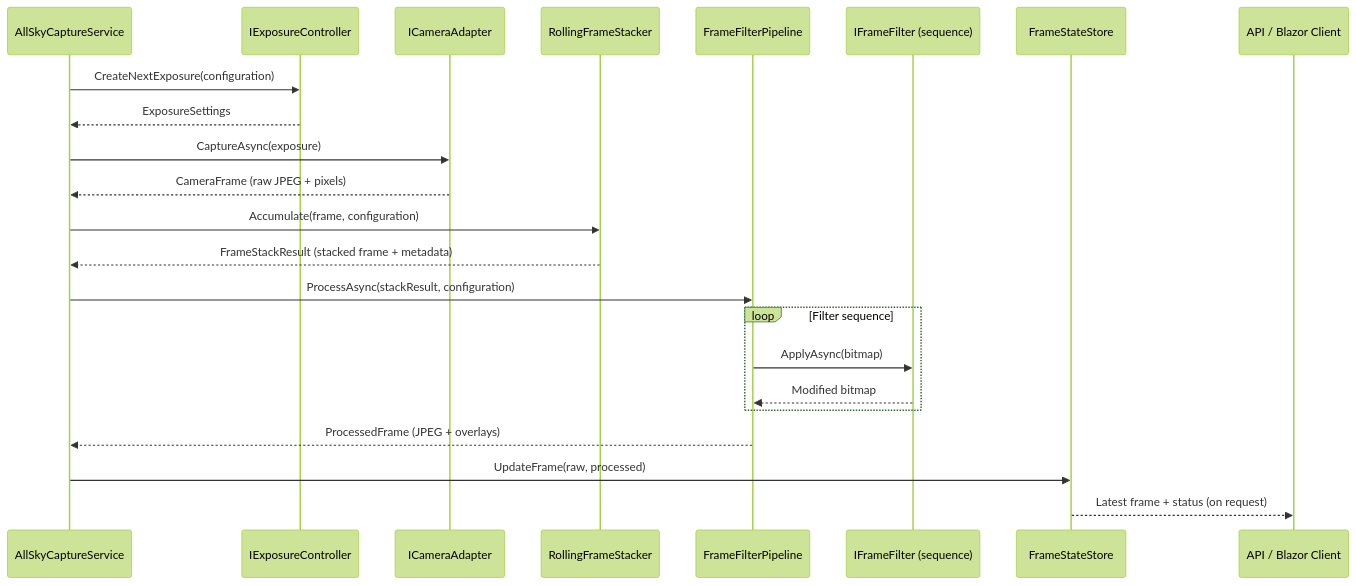
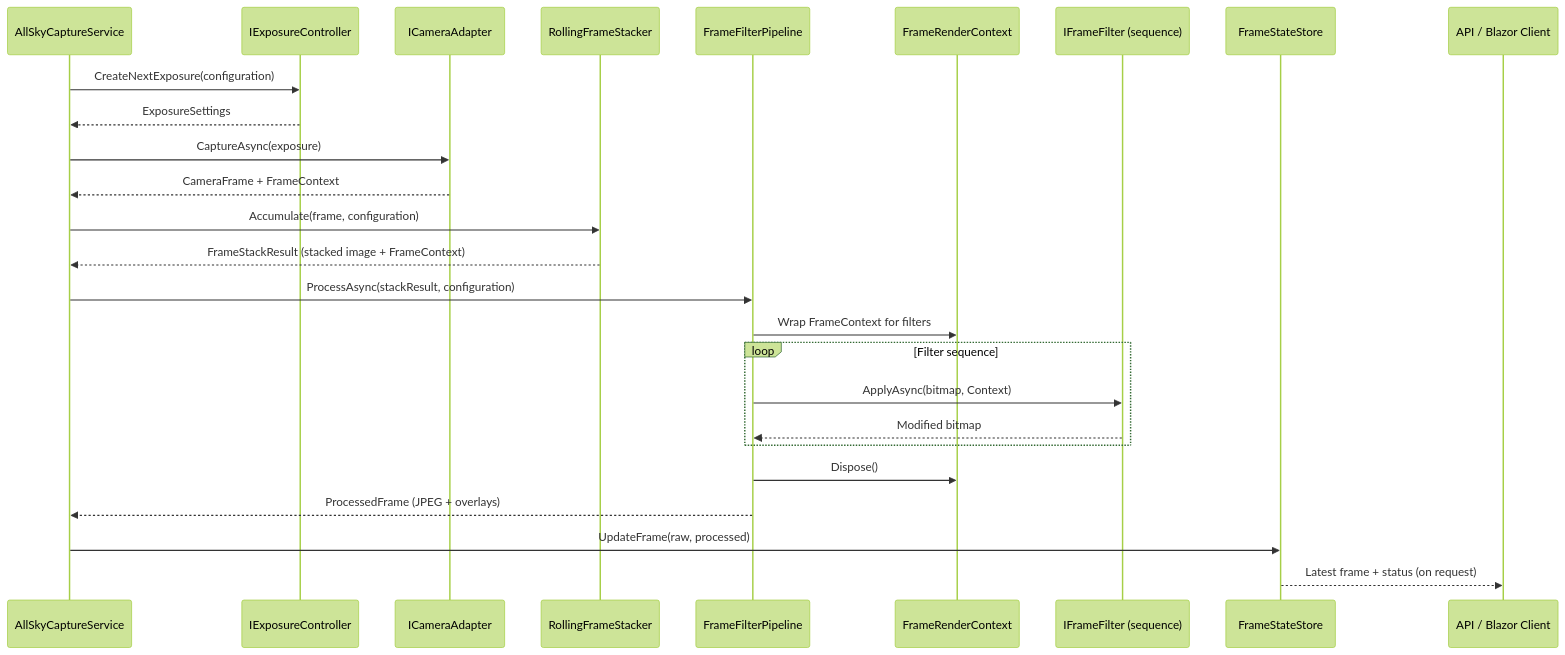
One commit to RoySalisbury/HVOv9 changed the first of 2 diagrams in src/HVO.SkyMonitorV5.RPi/README.md. Above: the diagram before and after it, drawn with Mermaid (forest theme). The commit also changed other lines of this file and 5 other files, not shown here.

````diff
--- a/src/HVO.SkyMonitorV5.RPi/README.md
+++ b/src/HVO.SkyMonitorV5.RPi/README.md
@@ -268,26 +268,29 @@
 ```mermaid
 sequenceDiagram
-    participant Scheduler as AllSkyCaptureService
-    participant Exposure as IExposureController
-    participant Camera as ICameraAdapter
-    participant Stacker as RollingFrameStacker
-    participant Pipeline as FrameFilterPipeline
-    participant Filter as IFrameFilter (sequence)
-    participant Store as FrameStateStore
-    participant ApiUi as API / Blazor Client
+  participant Scheduler as AllSkyCaptureService
+  participant Exposure as IExposureController
+  participant Camera as ICameraAdapter
+  participant Stacker as RollingFrameStacker
+  participant Pipeline as FrameFilterPipeline
+  participant Context as FrameRenderContext
+  participant Filter as IFrameFilter (sequence)
+  participant Store as FrameStateStore
+  participant ApiUi as API / Blazor Client
 
-    Scheduler->>Exposure: CreateNextExposure(configuration)
-    Exposure-->>Scheduler: ExposureSettings
-    Scheduler->>Camera: CaptureAsync(exposure)
-    Camera-->>Scheduler: CameraFrame (raw JPEG + pixels)
-    Scheduler->>Stacker: Accumulate(frame, configuration)
-    Stacker-->>Scheduler: FrameStackResult (stacked frame + metadata)
-    Scheduler->>Pipeline: ProcessAsync(stackResult, configuration)
-    loop Filter sequence
-        Pipeline->>Filter: ApplyAsync(bitmap)
-        Filter-->>Pipeline: Modified bitmap
-    end
-    Pipeline-->>Scheduler: ProcessedFrame (JPEG + overlays)
-    Scheduler->>Store: UpdateFrame(raw, processed)
-    Store-->>ApiUi: Latest frame + status (on request)
+  Scheduler->>Exposure: CreateNextExposure(configuration)
+  Exposure-->>Scheduler: ExposureSettings
+  Scheduler->>Camera: CaptureAsync(exposure)
+  Camera-->>Scheduler: CameraFrame + FrameContext
+  Scheduler->>Stacker: Accumulate(frame, configuration)
+  Stacker-->>Scheduler: FrameStackResult (stacked image + FrameContext)
+  Scheduler->>Pipeline: ProcessAsync(stackResult, configuration)
+  Pipeline->>Context: Wrap FrameContext for filters
+  loop Filter sequence
+    Pipeline->>Filter: ApplyAsync(bitmap, Context)
+    Filter-->>Pipeline: Modified bitmap
+  end
+  Pipeline->>Context: Dispose()
+  Pipeline-->>Scheduler: ProcessedFrame (JPEG + overlays)
+  Scheduler->>Store: UpdateFrame(raw, processed)
+  Store-->>ApiUi: Latest frame + status (on request)
 ```
````
